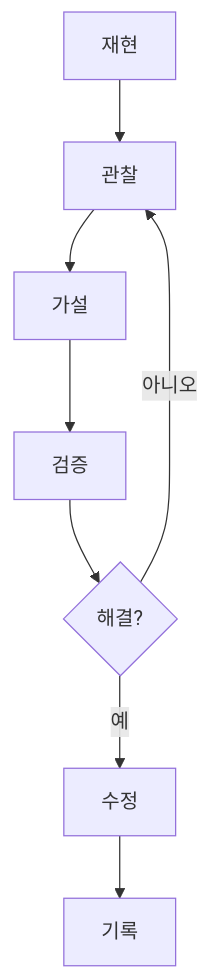
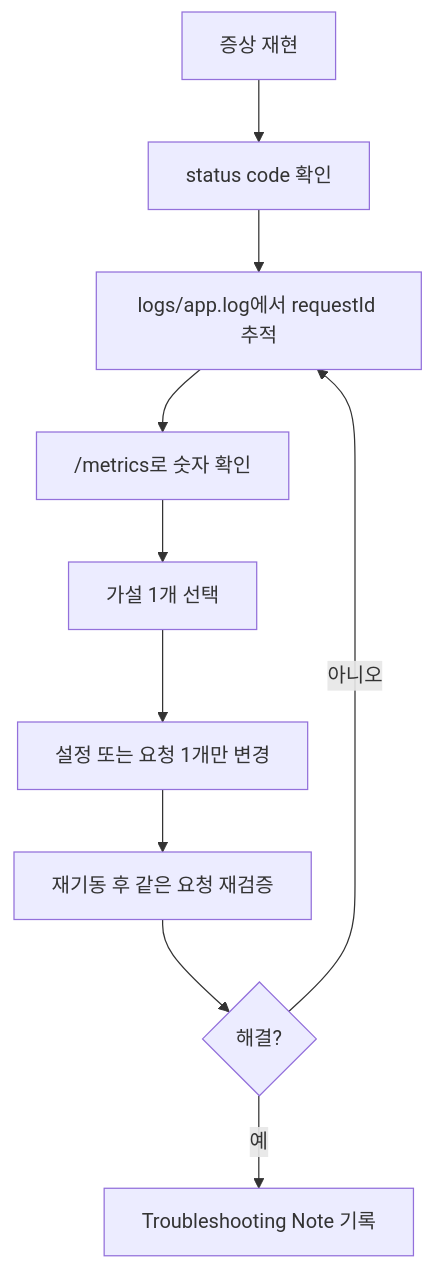
Before and after one commit to HwantaLee/w3d3-github-actions-dockerhub: the second of 2 diagrams in week1/day2/lesson-08.md, drawn with Mermaid. The commit also changed other lines of this file and 5 other files, not shown here.

Commit message:
Add observability troubleshooting app

````diff
--- a/week1/day2/lesson-08.md
+++ b/week1/day2/lesson-08.md
@@ -93,10 +319,12 @@
 ```mermaid
 flowchart TD
-    A["재현"] --> B["관찰"]
-    B --> C["가설"]
-    C --> D["검증"]
-    D --> E{"해결?"}
-    E -- "아니오" --> B
-    E -- "예" --> F["수정"]
-    F --> G["기록"]
+    A["증상 재현"] --> B["status code 확인"]
+    B --> C["logs/app.log에서 requestId 추적"]
+    C --> D["/metrics로 숫자 확인"]
+    D --> E["가설 1개 선택"]
+    E --> F["설정 또는 요청 1개만 변경"]
+    F --> G["재기동 후 같은 요청 재검증"]
+    G --> H{"해결?"}
+    H -- "아니오" --> C
+    H -- "예" --> I["Troubleshooting Note 기록"]
 ```
````
